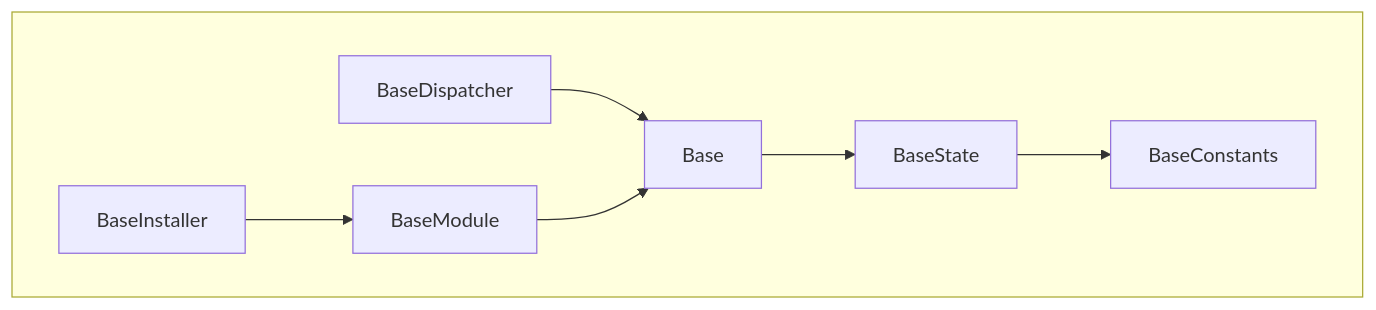
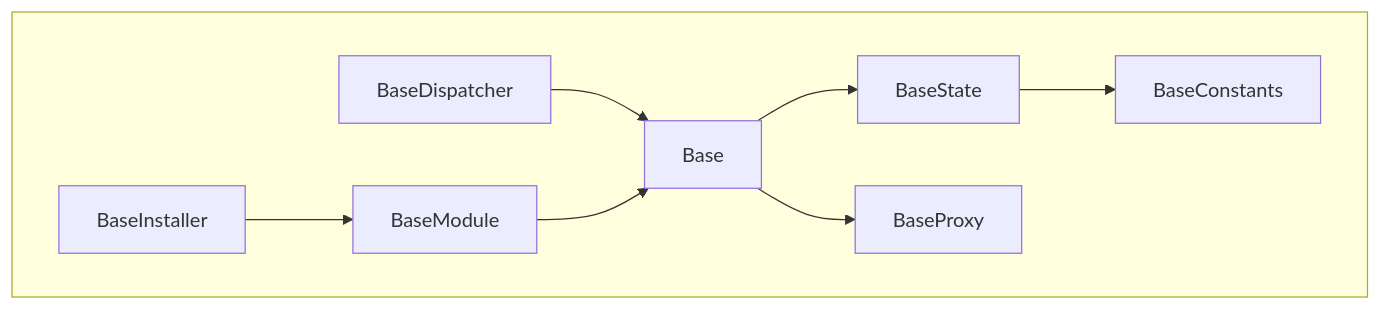
One commit to chromaxyz/reflex changed the diagram in README.md. Above: the diagram before and after it, drawn with Mermaid. The commit also changed other lines of this file, not shown here.

````diff
--- a/README.md
+++ b/README.md
@@ -66,11 +64,12 @@
 ```mermaid
 graph TD
     subgraph Framework [ ]
 
     BaseInstaller --> BaseModule
     BaseDispatcher --> Base
     BaseModule --> Base
     Base --> BaseState
+    Base --> BaseProxy
     BaseState --> BaseConstants
     end
 ```
````
